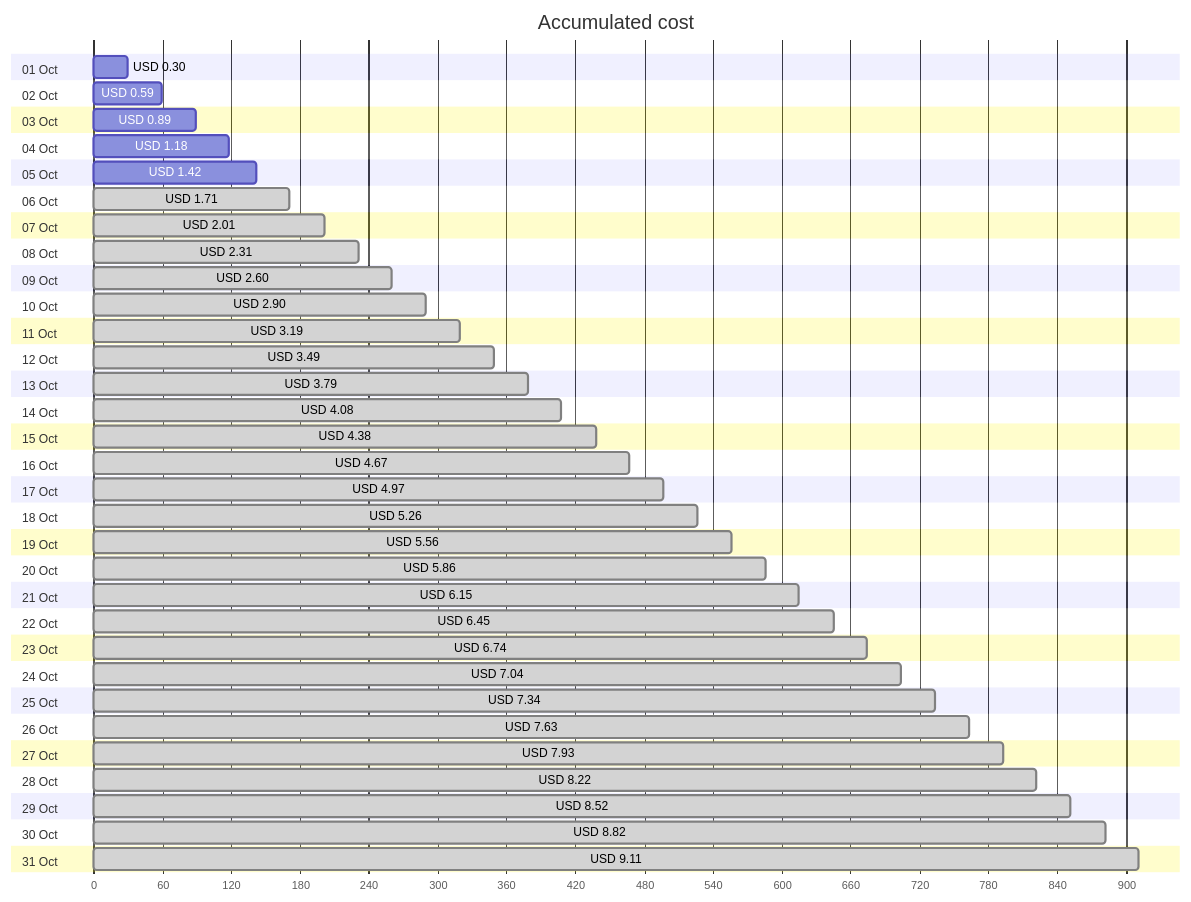
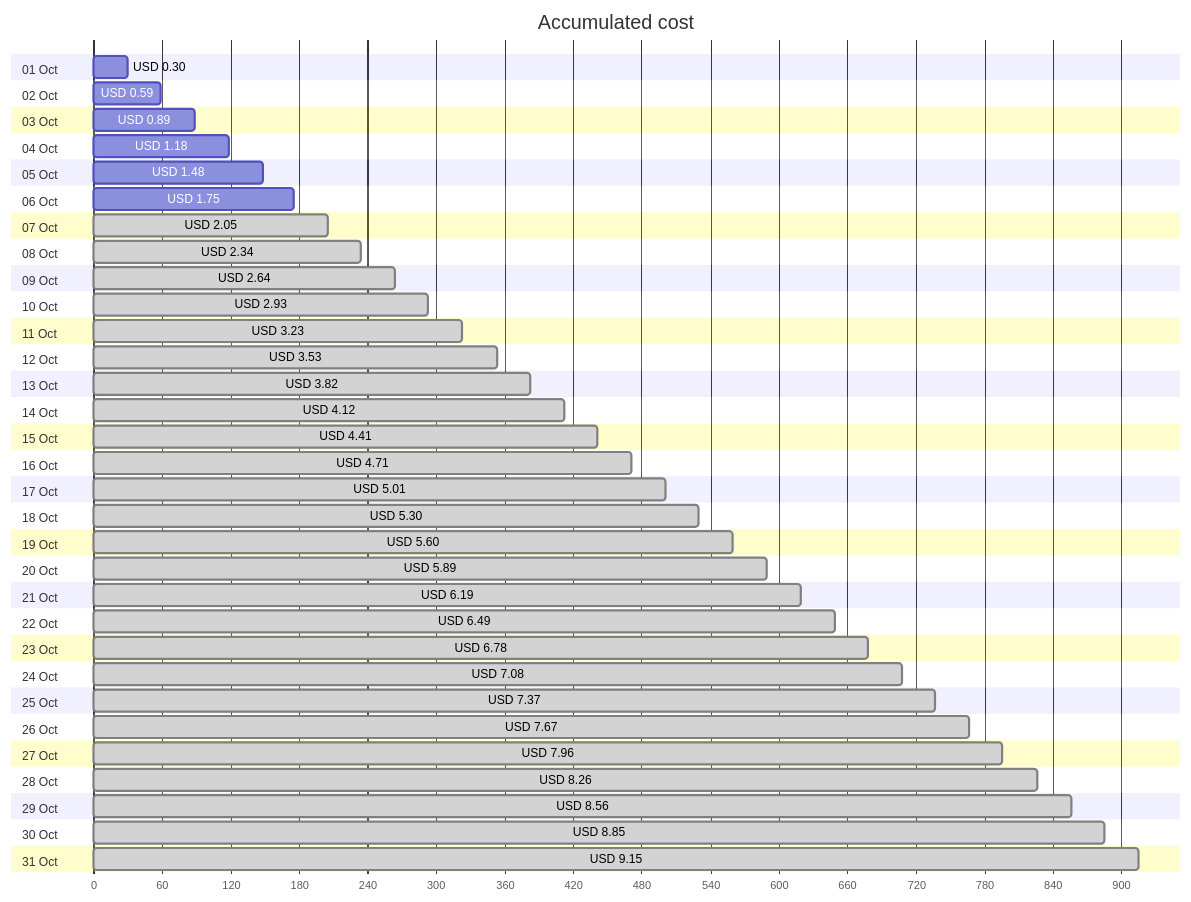
The first of 4 diagrams in cost-reports/personal-site/personal-site.md (jpfulton/azure-personal-reports), drawn with Mermaid before and after one commit. The commit also changed other lines of this file and 6 other files, not shown here.

````diff
--- a/cost-reports/personal-site/personal-site.md
+++ b/cost-reports/personal-site/personal-site.md
@@ -20,68 +20,68 @@
 ```mermaid
 gantt
    title Accumulated cost
    dateFormat  X
    axisFormat %s
    section 01 Oct
    USD 0.30 :0, 30
    section 02 Oct
    USD 0.59 :0, 59
    section 03 Oct
    USD 0.89 :0, 89
    section 04 Oct
    USD 1.18 :0, 118
    section 05 Oct
-   USD 1.42 :0, 142
+   USD 1.48 :0, 148
    section 06 Oct
-   USD 1.71 : done, 0, 171
+   USD 1.75 :0, 175
    section 07 Oct
-   USD 2.01 : done, 0, 201
+   USD 2.05 : done, 0, 205
    section 08 Oct
-   USD 2.31 : done, 0, 231
+   USD 2.34 : done, 0, 234
    section 09 Oct
-   USD 2.60 : done, 0, 260
+   USD 2.64 : done, 0, 264
    section 10 Oct
-   USD 2.90 : done, 0, 290
+   USD 2.93 : done, 0, 293
    section 11 Oct
-   USD 3.19 : done, 0, 319
+   USD 3.23 : done, 0, 323
    section 12 Oct
-   USD 3.49 : done, 0, 349
+   USD 3.53 : done, 0, 353
    section 13 Oct
-   USD 3.79 : done, 0, 379
+   USD 3.82 : done, 0, 382
    section 14 Oct
-   USD 4.08 : done, 0, 408
+   USD 4.12 : done, 0, 412
    section 15 Oct
-   USD 4.38 : done, 0, 438
+   USD 4.41 : done, 0, 441
    section 16 Oct
-   USD 4.67 : done, 0, 467
+   USD 4.71 : done, 0, 471
    section 17 Oct
-   USD 4.97 : done, 0, 497
+   USD 5.01 : done, 0, 501
    section 18 Oct
-   USD 5.26 : done, 0, 526
+   USD 5.30 : done, 0, 530
    section 19 Oct
-   USD 5.56 : done, 0, 556
+   USD 5.60 : done, 0, 560
    section 20 Oct
-   USD 5.86 : done, 0, 586
+   USD 5.89 : done, 0, 589
    section 21 Oct
-   USD 6.15 : done, 0, 615
+   USD 6.19 : done, 0, 619
    section 22 Oct
-   USD 6.45 : done, 0, 645
+   USD 6.49 : done, 0, 649
    section 23 Oct
-   USD 6.74 : done, 0, 674
+   USD 6.78 : done, 0, 678
    section 24 Oct
-   USD 7.04 : done, 0, 704
+   USD 7.08 : done, 0, 708
    section 25 Oct
-   USD 7.34 : done, 0, 734
+   USD 7.37 : done, 0, 737
    section 26 Oct
-   USD 7.63 : done, 0, 763
+   USD 7.67 : done, 0, 767
    section 27 Oct
-   USD 7.93 : done, 0, 793
+   USD 7.96 : done, 0, 796
    section 28 Oct
-   USD 8.22 : done, 0, 822
+   USD 8.26 : done, 0, 826
    section 29 Oct
-   USD 8.52 : done, 0, 852
+   USD 8.56 : done, 0, 856
    section 30 Oct
-   USD 8.82 : done, 0, 882
+   USD 8.85 : done, 0, 885
    section 31 Oct
-   USD 9.11 : done, 0, 911
+   USD 9.15 : done, 0, 915
 ```
````
